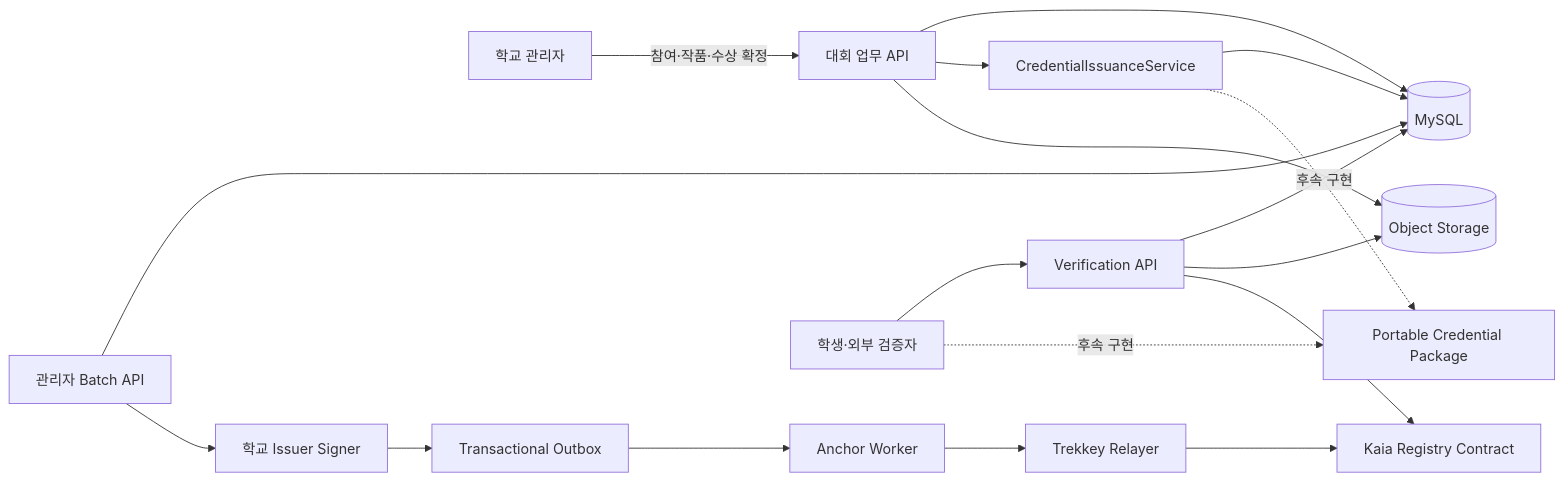
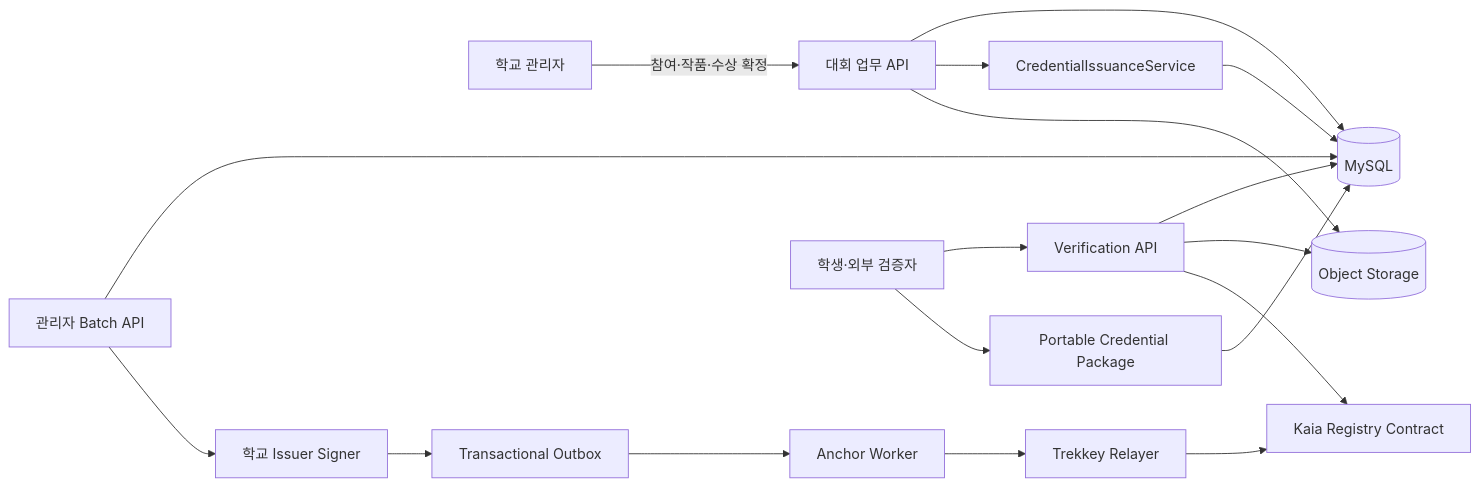
One commit to Tok-Baro/Trekkey_BackEnd changed the first of 3 diagrams in docs/blockchain-anchoring-architecture.md. Above: the diagram before and after it, drawn with Mermaid. The commit also changed other lines of this file and 13 other files, not shown here.

````diff
--- a/docs/blockchain-anchoring-architecture.md
+++ b/docs/blockchain-anchoring-architecture.md
@@ -60,20 +60,20 @@
 ```mermaid
 flowchart LR
     admin["학교 관리자"] -->|"참여·작품·수상 확정"| domainApi["대회 업무 API"]
     domainApi --> mysql[("MySQL")]
     domainApi --> issueService["CredentialIssuanceService"]
     issueService --> mysql
     domainApi --> objectStorage[("Object Storage")]
     batchApi["관리자 Batch API"] --> mysql
     batchApi --> signer["학교 Issuer Signer"]
     signer --> outbox["Transactional Outbox"]
     outbox --> anchorWorker["Anchor Worker"]
     anchorWorker --> relayer["Trekkey Relayer"]
     relayer --> kaia["Kaia Registry Contract"]
     verifier["학생·외부 검증자"] --> verifyApi["Verification API"]
     verifyApi --> mysql
     verifyApi --> objectStorage
     verifyApi --> kaia
-    issueService -. "후속 구현" .-> package["Portable Credential Package"]
-    verifier -. "후속 구현" .-> package
+    package["Portable Credential Package"] --> mysql
+    verifier --> package
 ```
````
